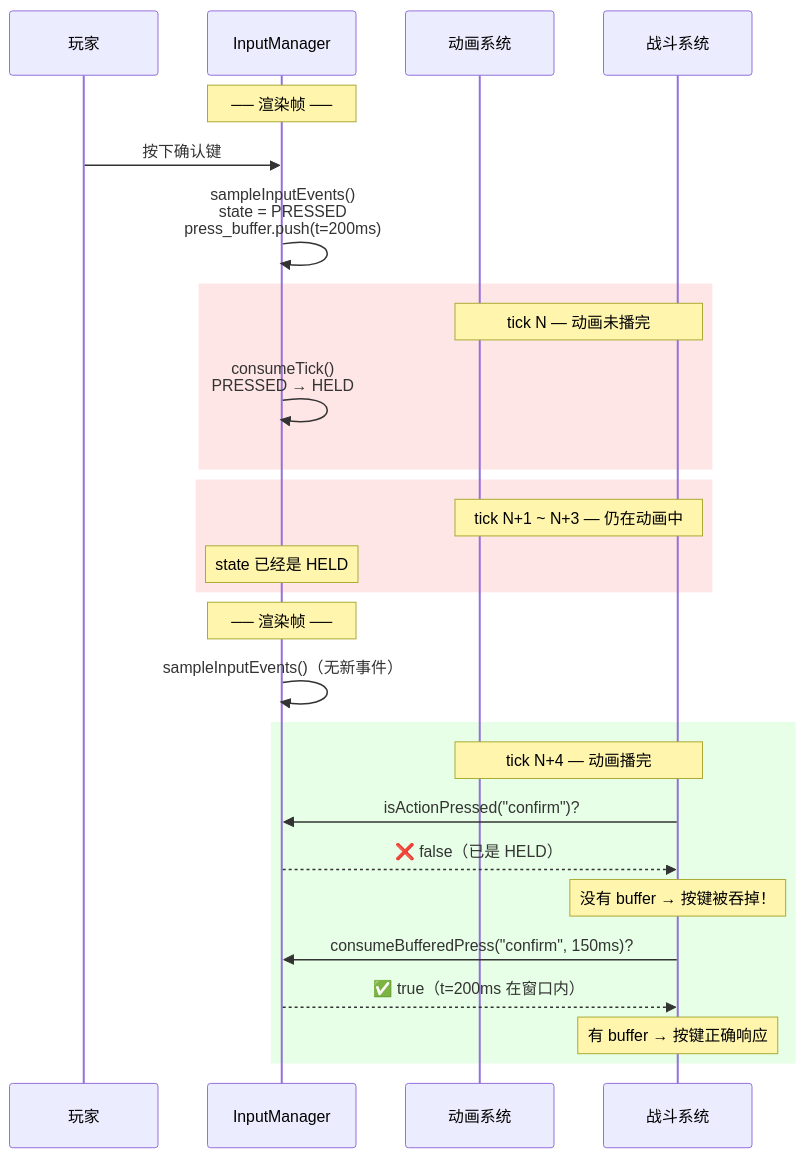
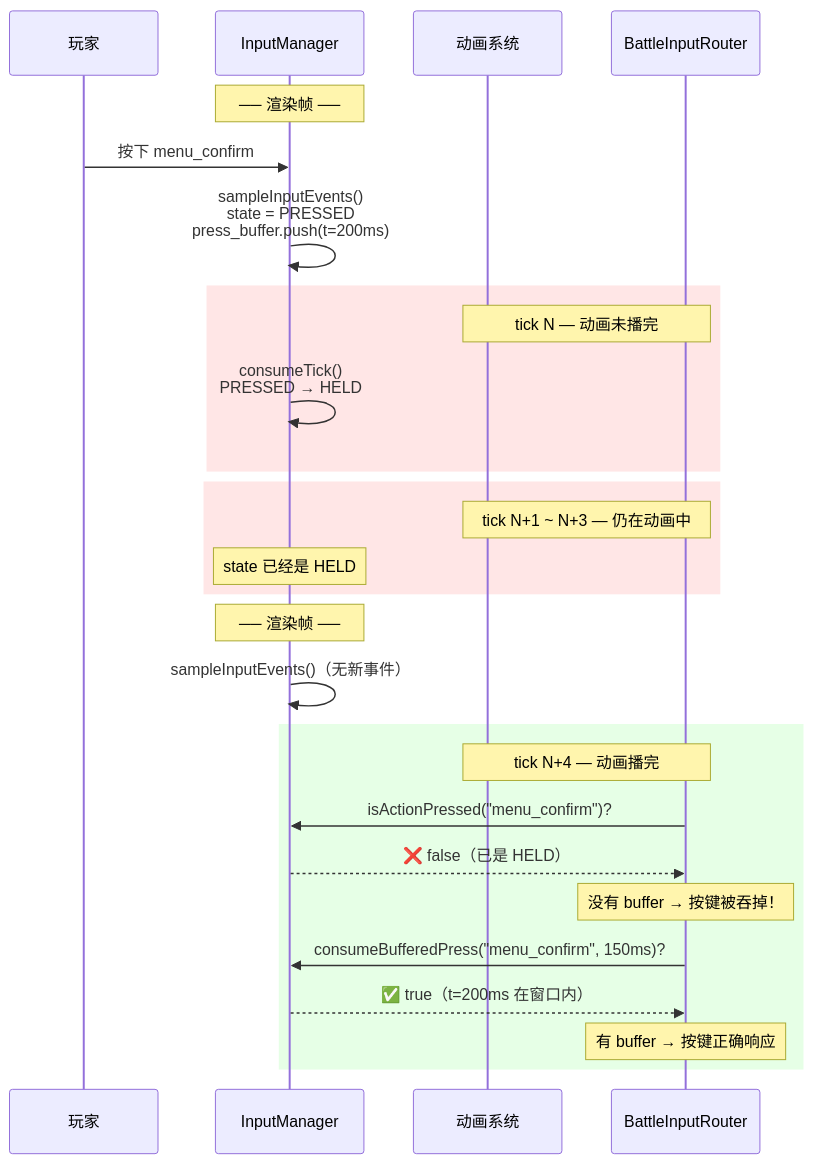
The fourth of 16 diagrams in docs/engine/input_system.md (WispSnow/TinyFarmRPG), drawn with Mermaid before and after one commit. The commit also changed other lines of this file and 7 other files, not shown here.

````diff
--- a/docs/engine/input_system.md
+++ b/docs/engine/input_system.md
@@ -292,35 +292,35 @@
 ```mermaid
 sequenceDiagram
     participant Player as 玩家
     participant IM as InputManager
     participant Anim as 动画系统
-    participant Battle as 战斗系统
+    participant Battle as BattleInputRouter
 
     Note over IM: ── 渲染帧 ──
-    Player->>IM: 按下确认键
+    Player->>IM: 按下 menu_confirm
     IM->>IM: sampleInputEvents()<br/>state = PRESSED<br/>press_buffer.push(t=200ms)
 
     rect rgb(255, 230, 230)
         Note over Anim,Battle: tick N — 动画未播完
         IM->>IM: consumeTick()<br/>PRESSED → HELD
     end
 
     rect rgb(255, 230, 230)
         Note over Anim,Battle: tick N+1 ~ N+3 — 仍在动画中
         Note over IM: state 已经是 HELD
     end
 
     Note over IM: ── 渲染帧 ──
     IM->>IM: sampleInputEvents()（无新事件）
 
     rect rgb(230, 255, 230)
         Note over Anim,Battle: tick N+4 — 动画播完
-        Battle->>IM: isActionPressed("confirm")?
+        Battle->>IM: isActionPressed("menu_confirm")?
         IM-->>Battle: ❌ false（已是 HELD）
         Note over Battle: 没有 buffer → 按键被吞掉！
 
-        Battle->>IM: consumeBufferedPress("confirm", 150ms)?
+        Battle->>IM: consumeBufferedPress("menu_confirm", 150ms)?
         IM-->>Battle: ✅ true（t=200ms 在窗口内）
         Note over Battle: 有 buffer → 按键正确响应
     end
 ```
````
